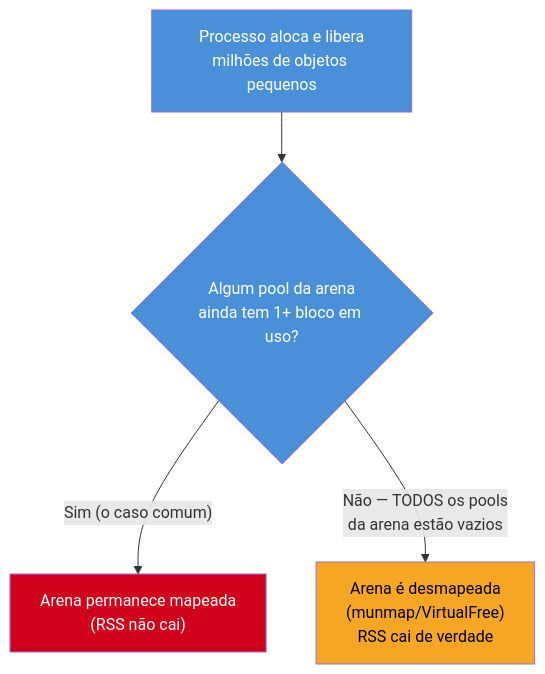
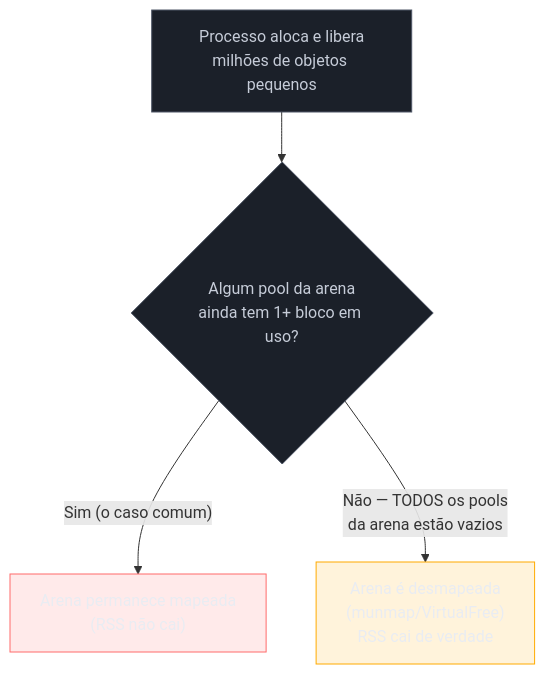
One commit to josenaldo/codex-technomanticus changed the second of 2 diagrams in 03-Dominios/Tecnologia/Python/CPython internals/07 - Memory management — allocators, pymalloc e arenas.md. Above: the diagram before and after it, drawn with Mermaid. The commit also changed other lines of this file and 1181 other files, not shown here.

First line of the commit message:
fix(diagramas): paleta do sistema no lugar de cor cravada no markdown

````diff
--- a/03-Dominios/Tecnologia/Python/CPython internals/07 - Memory management — allocators, pymalloc e arenas.md
+++ b/03-Dominios/Tecnologia/Python/CPython internals/07 - Memory management — allocators, pymalloc e arenas.md
@@ -145,11 +147,14 @@
 ```mermaid
 flowchart TB
+    classDef neutro fill:#1B2029,stroke:#4E5666,color:#C6CCD8
+    classDef falha fill:#FF6B6B24,stroke:#FF6B6B,color:#E9ECF2
+    classDef destaque fill:#FFAA0024,stroke:#FFAA00,color:#E9ECF2
     A["Processo aloca e libera\nmilhões de objetos pequenos"] --> B{"Algum pool da arena\nainda tem 1+ bloco em uso?"}
     B -- "Sim (o caso comum)" --> C["Arena permanece mapeada\n(RSS não cai)"]
     B -- "Não — TODOS os pools\nda arena estão vazios" --> D["Arena é desmapeada\n(munmap/VirtualFree)\nRSS cai de verdade"]
 
-    style A fill:#4A90D9,color:#fff
-    style B fill:#4A90D9,color:#fff
-    style C fill:#D0021B,color:#fff
-    style D fill:#F5A623,color:#000
+    class A neutro
+    class B neutro
+    class C falha
+    class D destaque
 ```
````
